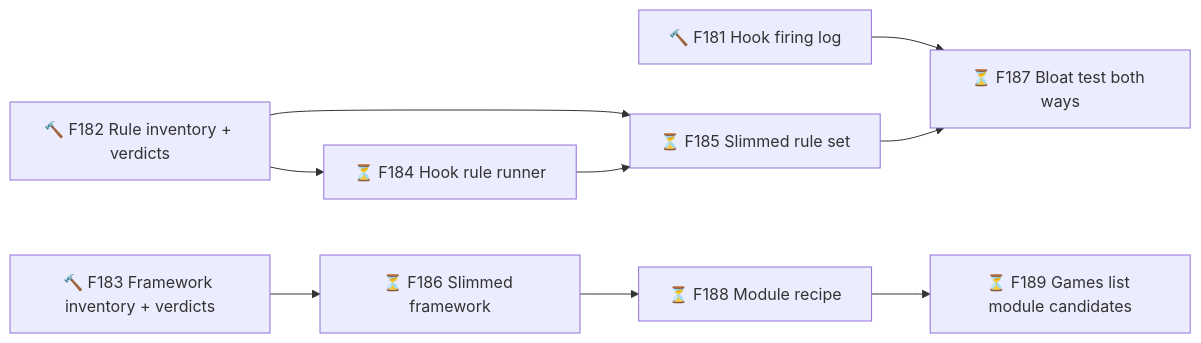
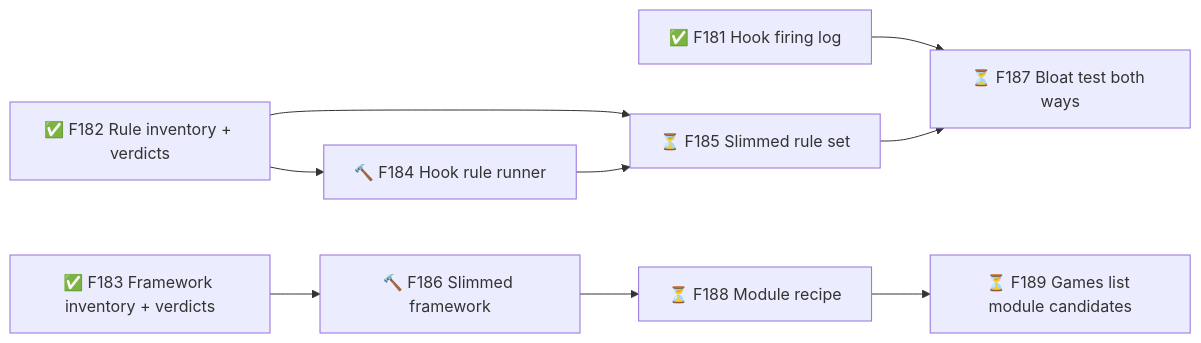
Before and after one commit to TheBlueMuzzy/framework: diagram 35 of 35 in .planning/ROADMAP.md, drawn with Mermaid. The commit also changed other lines of this file and 2 other files, not shown here.

Commit message:
Sprint 56: start the rebuild — hooks that never go quiet, a lighter framework
F181-F183 done (Muzzy approved the audit 2026-11-04); F184 + F186 building.

````diff
--- a/.planning/ROADMAP.md
+++ b/.planning/ROADMAP.md
@@ -541,20 +541,20 @@
 ```mermaid
 flowchart LR
-  F181[🔨 F181 Hook firing log]
-  F182[🔨 F182 Rule inventory + verdicts]
-  F183[🔨 F183 Framework inventory + verdicts]
-  F184[⏳ F184 Hook rule runner]
+  F181[✅ F181 Hook firing log]
+  F182[✅ F182 Rule inventory + verdicts]
+  F183[✅ F183 Framework inventory + verdicts]
+  F184[🔨 F184 Hook rule runner]
   F185[⏳ F185 Slimmed rule set]
-  F186[⏳ F186 Slimmed framework]
+  F186[🔨 F186 Slimmed framework]
   F187[⏳ F187 Bloat test both ways]
   F188[⏳ F188 Module recipe]
   F189[⏳ F189 Games list module candidates]
   F182 --> F184
   F182 --> F185
   F184 --> F185
   F183 --> F186
   F181 --> F187
   F185 --> F187
   F186 --> F188
   F188 --> F189
 ```
````
